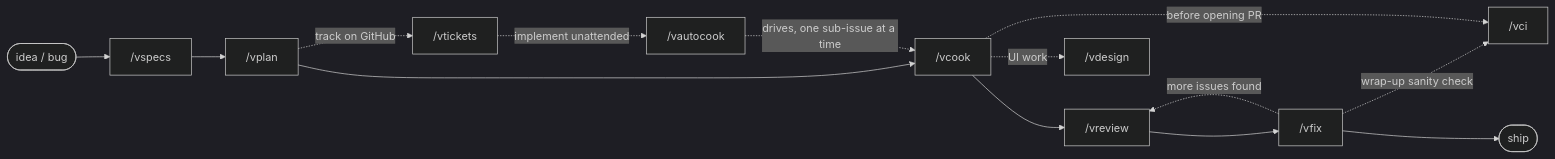
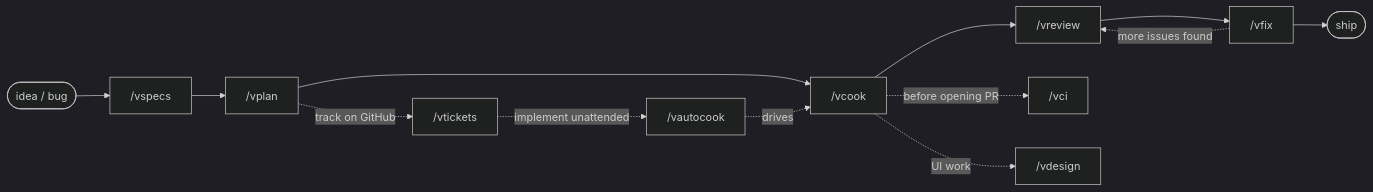
Before and after one commit to vyvu99/vskills: the diagram in README.md, drawn with Mermaid (dark theme). The commit also changed other lines of this file and 1 other file, not shown here.

````diff
--- a/README.md
+++ b/README.md
@@ -57,17 +58,16 @@
 ```mermaid
 flowchart LR
     idea(["idea / bug"]) --> specs["/vspecs"]
     specs --> plan["/vplan"]
     plan --> cook["/vcook"]
     cook --> review["/vreview"]
     review --> fix["/vfix"]
     fix -. more issues found .-> review
-    fix -. wrap-up sanity check .-> ci["/vci"]
     fix --> ship(["ship"])
 
     plan -. track on GitHub .-> tickets["/vtickets"]
     tickets -. implement unattended .-> auto["/vautocook"]
-    auto -. drives, one sub-issue at a time .-> cook
-    cook -. before opening PR .-> ci
+    auto -. drives .-> cook
+    cook -. before opening PR .-> ci["/vci"]
     cook -. UI work .-> design["/vdesign"]
 ```
````
